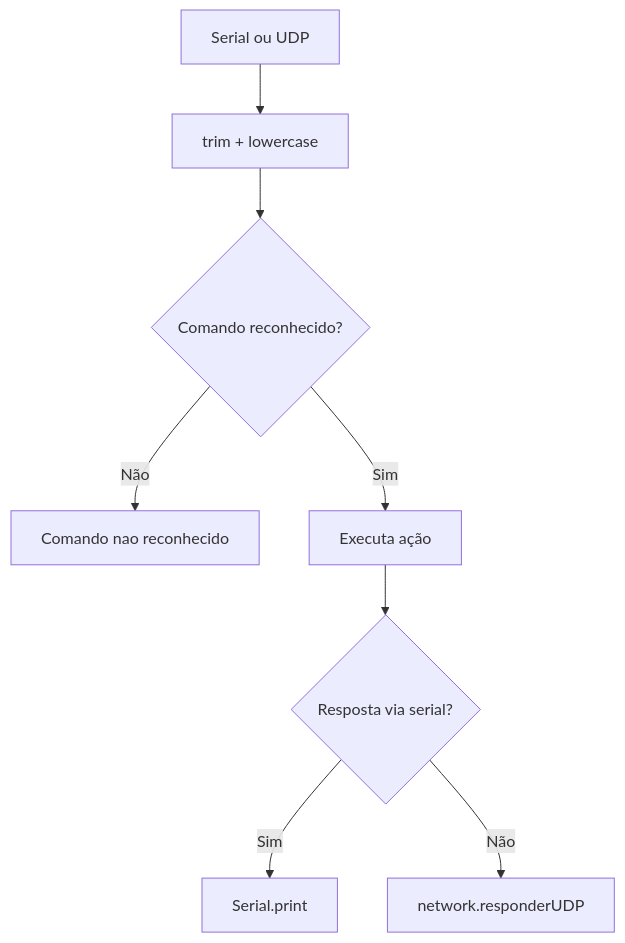
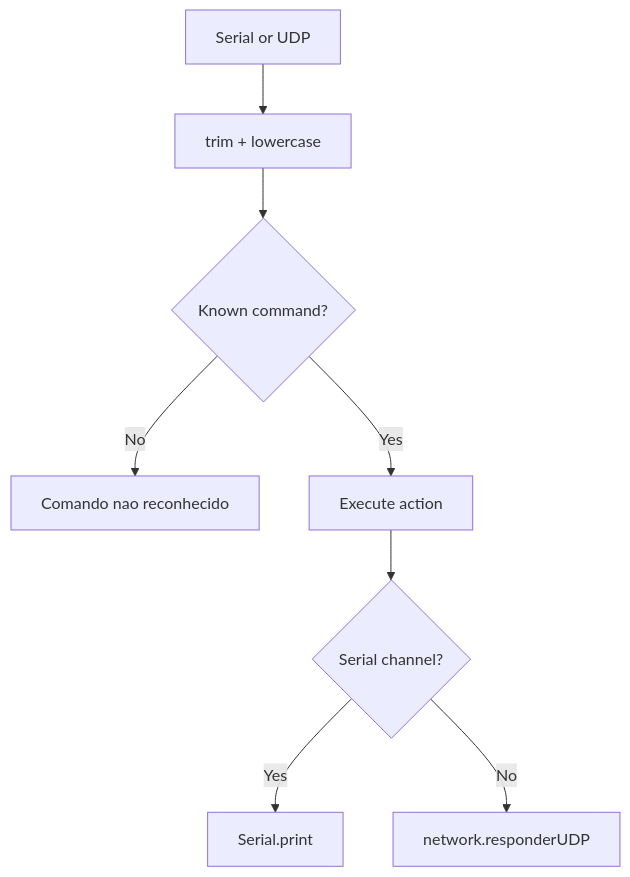
Before and after one commit to paulocfmarques-collab/M5NanoC6_wifi: the seventh of 14 diagrams in README.md, drawn with Mermaid. The commit also changed other lines of this file, not shown here.

````diff
--- a/README.md
+++ b/README.md
@@ -306,10 +306,10 @@
 ```mermaid
 flowchart TD
-    A[Serial ou UDP] --> B[trim + lowercase]
-    B --> C{Comando reconhecido?}
-    C -- Não --> D[Comando nao reconhecido]
-    C -- Sim --> E[Executa ação]
-    E --> F{Resposta via serial?}
-    F -- Sim --> G[Serial.print]
-    F -- Não --> H[network.responderUDP]
+    A[Serial or UDP] --> B[trim + lowercase]
+    B --> C{Known command?}
+    C -- No --> D[Comando nao reconhecido]
+    C -- Yes --> E[Execute action]
+    E --> F{Serial channel?}
+    F -- Yes --> G[Serial.print]
+    F -- No --> H[network.responderUDP]
 ```
````
